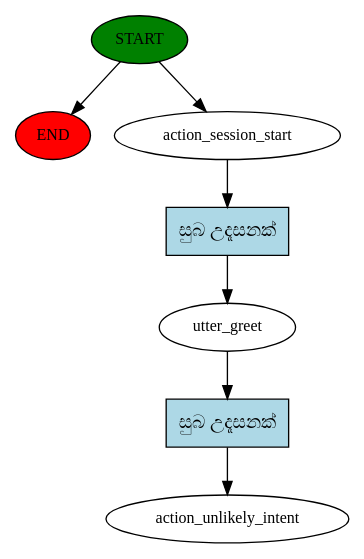
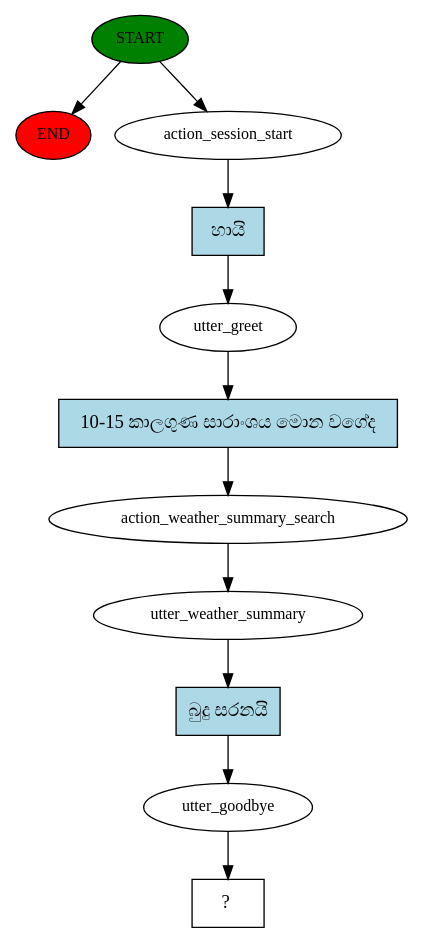
The diagram in story_graph.dot (vimuth97/sinhala-weather-chatbot), drawn with Graphviz before and after one commit. The commit also changed 3 other files, not shown here.

```diff
--- a/story_graph.dot
+++ b/story_graph.dot
@@ -1,15 +1,23 @@
 digraph  {
 0 [class="start active", fillcolor=green, fontsize=12, label=START, style=filled];
 "-1" [class=end, fillcolor=red, fontsize=12, label=END, style=filled];
 1 [class=active, fontsize=12, label=action_session_start];
 2 [class=active, fontsize=12, label=utter_greet];
-3 [class="dashed active", fontsize=12, label=action_unlikely_intent];
-4 [class="intent active", fillcolor=lightblue, label="සුබ උදෑසනක්", shape=rect, style=filled];
-5 [class="intent active", fillcolor=lightblue, label="සුබ උදෑසනක්", shape=rect, style=filled];
+3 [class=active, fontsize=12, label=action_weather_summary_search];
+4 [class=active, fontsize=12, label=utter_weather_summary];
+5 [class=active, fontsize=12, label=utter_goodbye];
+6 [class="intent dashed active", label="  ?  ", shape=rect];
+7 [class="intent active", fillcolor=lightblue, label="හායි", shape=rect, style=filled];
+8 [class="intent active", fillcolor=lightblue, label="10-15 කාලගුණ සාරාංශය මොන වගේද", shape=rect, style=filled];
+9 [class="intent active", fillcolor=lightblue, label="බුදු සරනයි", shape=rect, style=filled];
 0 -> "-1"  [class="", key=NONE, label=""];
 0 -> 1  [class=active, key=NONE, label=""];
-1 -> 4  [class=active, key=0];
-2 -> 5  [class=active, key=0];
-4 -> 2  [class=active, key=0];
-5 -> 3  [class=active, key=0];
+1 -> 7  [class=active, key=0];
+2 -> 8  [class=active, key=0];
+3 -> 4  [class=active, key=NONE, label=""];
+4 -> 9  [class=active, key=0];
+5 -> 6  [class=active, key=NONE, label=""];
+7 -> 2  [class=active, key=0];
+8 -> 3  [class=active, key=0];
+9 -> 5  [class=active, key=0];
 }
```
